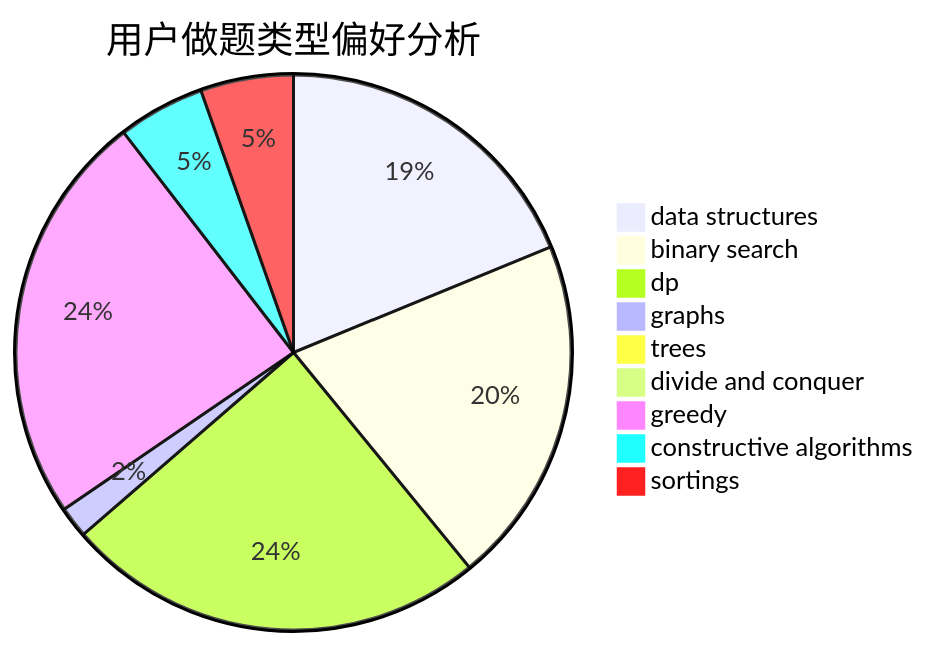
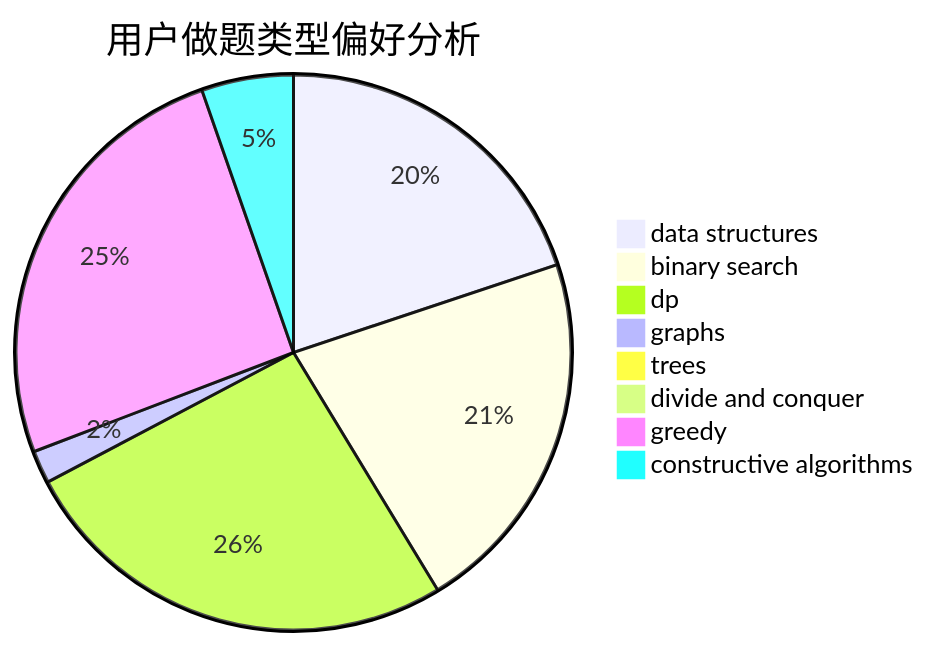
One commit to sherpahu/cfrs.github.io changed the second of 3 diagrams in docs/user/u1655.md. Above: the diagram before and after it, drawn with Mermaid. The commit also changed other lines of this file and 2769 other files, not shown here.

````diff
--- a/docs/user/u1655.md
+++ b/docs/user/u1655.md
@@ -18,12 +18,11 @@
 ```mermaid
 pie title 用户做题类型偏好分析
     "data structures" :  435
     "binary search" :  469
     "dp" :  568
     "graphs" :  42
     "trees" :  7
     "divide and conquer" :  0
     "greedy" :  557
     "constructive algorithms" :  117
-    "sortings" :  125
 ```
````
